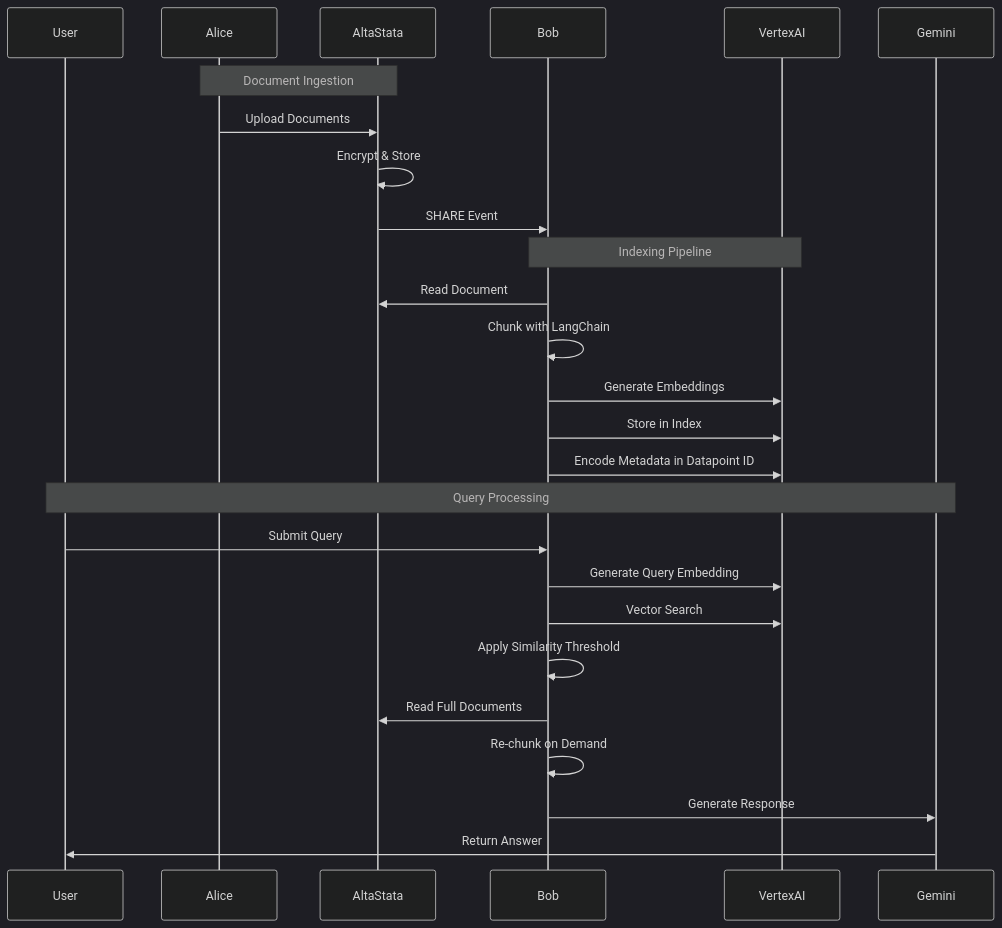
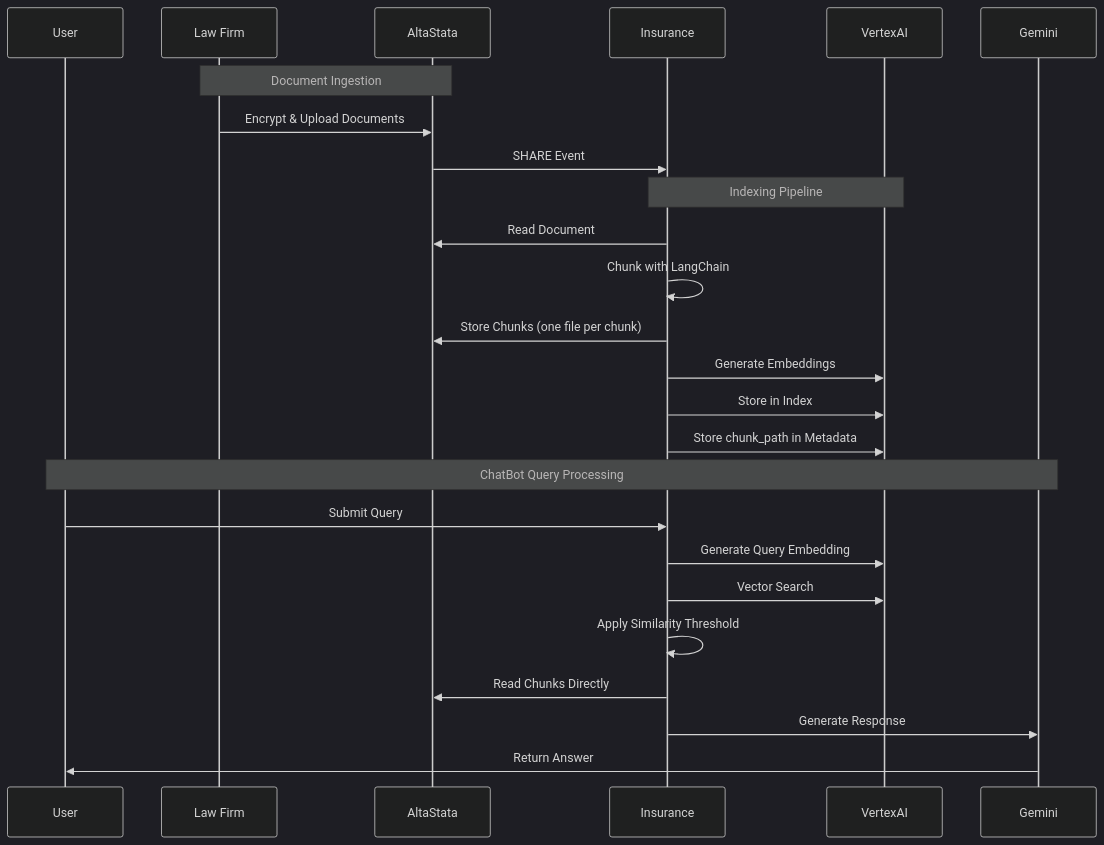
Before and after one commit to SergeVil/altastata-python-package: the second of 2 diagrams in rag-example/rag_architecture_diagram.md, drawn with Mermaid (dark theme). The commit also changed other lines of this file and 5 other files, not shown here.

First line of the commit message:
Store chunks in AltaStata and retrieve directly (no re-chunking)

````diff
--- a/rag-example/rag_architecture_diagram.md
+++ b/rag-example/rag_architecture_diagram.md
@@ -89,31 +89,30 @@
 ```mermaid
 sequenceDiagram
     participant User
-    participant Alice
+    participant Law Firm
     participant AltaStata
-    participant Bob
+    participant Insurance
     participant VertexAI
     participant Gemini
     
-    Note over Alice,AltaStata: Document Ingestion
-    Alice->>AltaStata: Upload Documents
-    AltaStata->>AltaStata: Encrypt & Store
-    AltaStata->>Bob: SHARE Event
+    Note over Law Firm,AltaStata: Document Ingestion
+    Law Firm->>AltaStata: Encrypt & Upload Documents
+    AltaStata->>Insurance: SHARE Event
     
-    Note over Bob,VertexAI: Indexing Pipeline
-    Bob->>AltaStata: Read Document
-    Bob->>Bob: Chunk with LangChain
-    Bob->>VertexAI: Generate Embeddings
-    Bob->>VertexAI: Store in Index
-    Bob->>VertexAI: Encode Metadata in Datapoint ID
+    Note over Insurance,VertexAI: Indexing Pipeline
+    Insurance->>AltaStata: Read Document
+    Insurance->>Insurance: Chunk with LangChain
+    Insurance->>AltaStata: Store Chunks (one file per chunk)
+    Insurance->>VertexAI: Generate Embeddings
+    Insurance->>VertexAI: Store in Index
+    Insurance->>VertexAI: Store chunk_path in Metadata
     
-    Note over User,Gemini: Query Processing
-    User->>Bob: Submit Query
-    Bob->>VertexAI: Generate Query Embedding
-    Bob->>VertexAI: Vector Search
-    Bob->>Bob: Apply Similarity Threshold
-    Bob->>AltaStata: Read Full Documents
-    Bob->>Bob: Re-chunk on Demand
-    Bob->>Gemini: Generate Response
+    Note over User,Gemini: ChatBot Query Processing
+    User->>Insurance: Submit Query
+    Insurance->>VertexAI: Generate Query Embedding
+    Insurance->>VertexAI: Vector Search
+    Insurance->>Insurance: Apply Similarity Threshold
+    Insurance->>AltaStata: Read Chunks Directly
+    Insurance->>Gemini: Generate Response
     Gemini->>User: Return Answer
 ```
````
